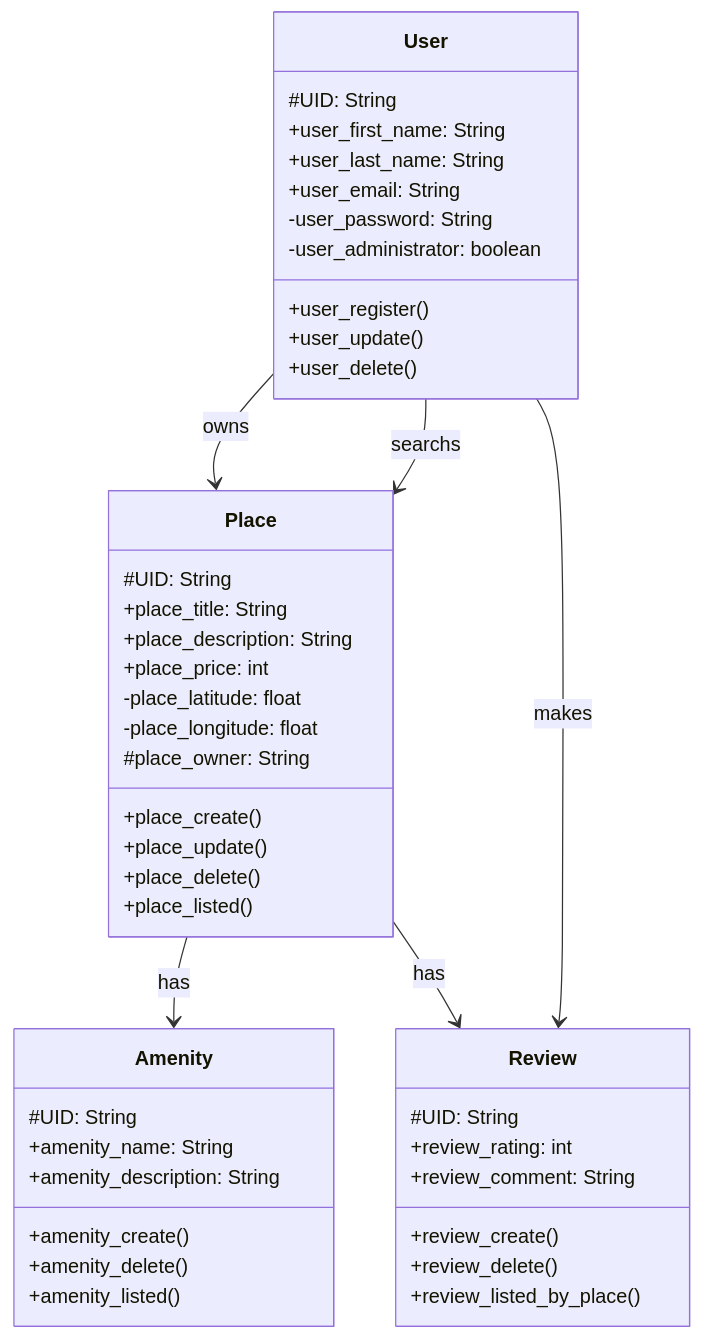
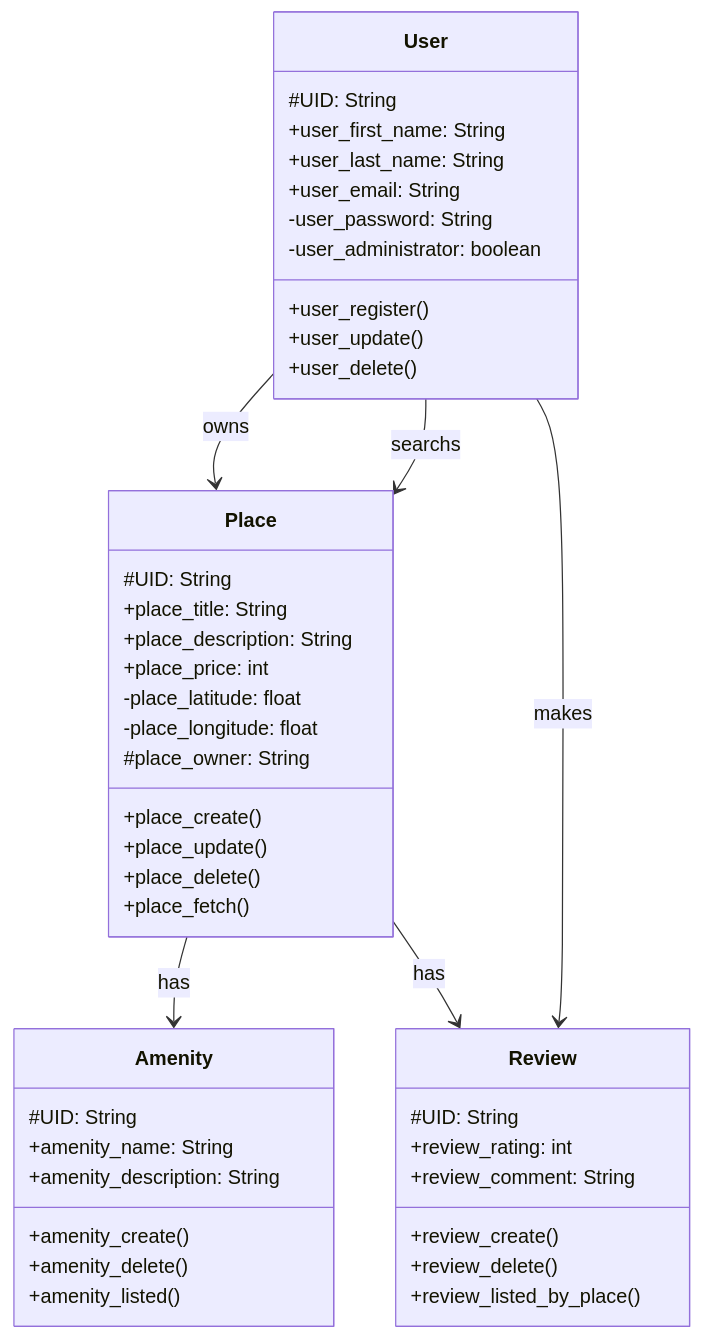
One commit to vlldnt/holbertonschool-hbnb changed the diagram in part1/01-class_diagram.md. Above: the diagram before and after it, drawn with Mermaid. The commit also changed 5 other files, not shown here.

Commit message:
UPdate 01 with place_fetch() instead of place_lited() Adding detailed sequnce diagrams

````diff
--- a/part1/01-class_diagram.md
+++ b/part1/01-class_diagram.md
@@ -3,49 +3,49 @@
 ```mermaid
 classDiagram
 class User {
     #UID: String
     +user_first_name: String
     +user_last_name: String
     +user_email: String
     -user_password: String
     -user_administrator: boolean
     +user_register()
     +user_update()
     +user_delete()
 }
 class Place {
     #UID: String
     +place_title: String
     +place_description: String
     +place_price: int
     -place_latitude: float
     -place_longitude: float
     #place_owner: String
     +place_create()
     +place_update()
     +place_delete()
-    +place_listed()
+    +place_fetch()
 }
 class Review {
     #UID: String
     +review_rating: int
     +review_comment: String
     +review_create()
     +review_delete()
     +review_listed_by_place()
 }
 class Amenity {
     #UID: String
     +amenity_name: String
     +amenity_description: String
     +amenity_create()
     +amenity_delete()
     +amenity_listed()
 }
 Place --> Amenity : has
 User --> Place : owns
 User --> Place : searchs
 User --> Review : makes
 Place --> Review : has
 
 ```
````
